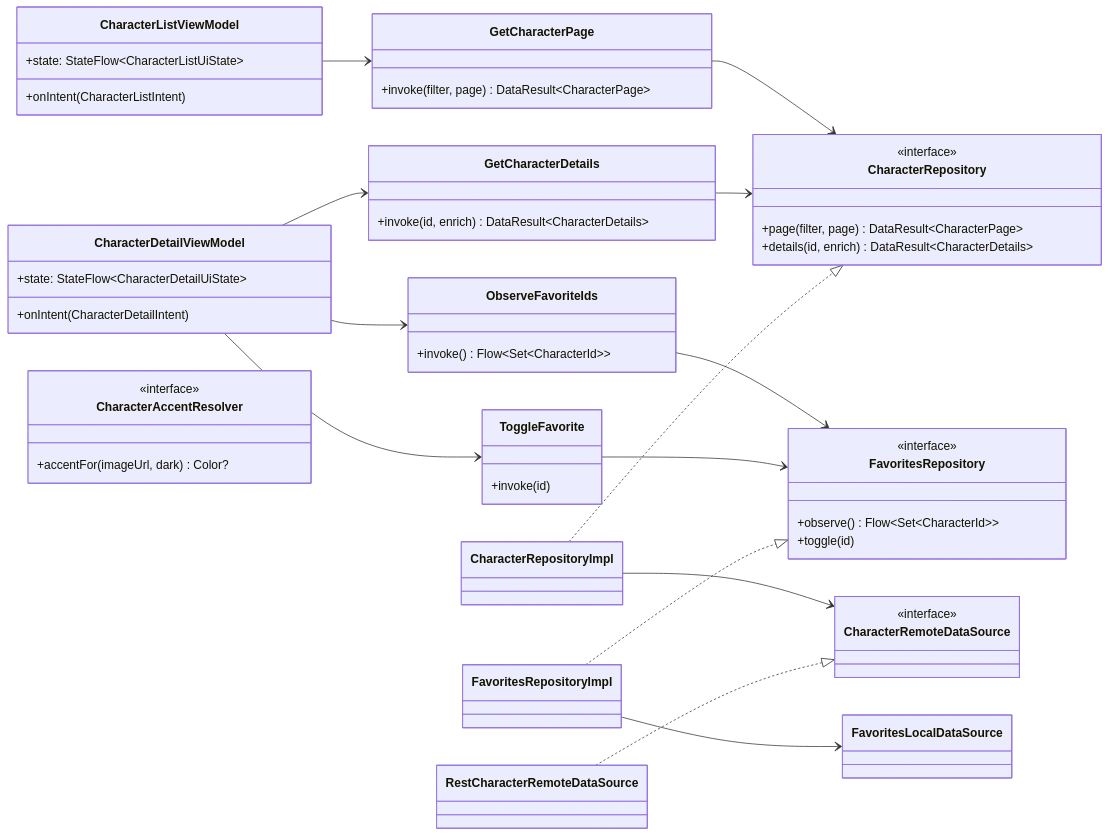
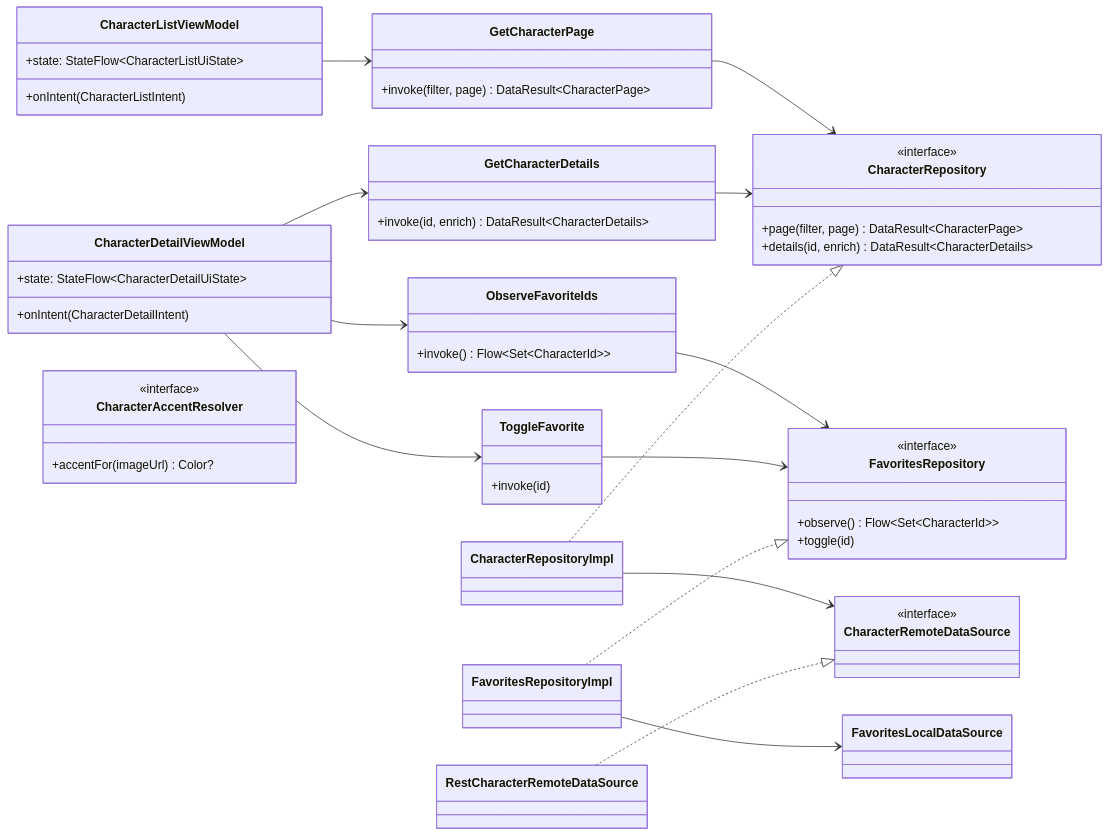
The second of 2 diagrams in docs/DESIGN.md (davidru85/RickAndMorty), drawn with Mermaid before and after one commit. The commit also changed other lines of this file and 2 other files, not shown here.

````diff
--- a/docs/DESIGN.md
+++ b/docs/DESIGN.md
@@ -188,67 +191,67 @@
 ```mermaid
 classDiagram
     direction LR
 
     class CharacterListViewModel {
         +state: StateFlow~CharacterListUiState~
         +onIntent(CharacterListIntent)
     }
     class CharacterDetailViewModel {
         +state: StateFlow~CharacterDetailUiState~
         +onIntent(CharacterDetailIntent)
     }
 
     class GetCharacterPage {
         +invoke(filter, page) DataResult~CharacterPage~
     }
     class GetCharacterDetails {
         +invoke(id, enrich) DataResult~CharacterDetails~
     }
     class ObserveFavoriteIds {
         +invoke() Flow~Set~CharacterId~~
     }
     class ToggleFavorite {
         +invoke(id)
     }
 
     class CharacterRepository {
         <<interface>>
         +page(filter, page) DataResult~CharacterPage~
         +details(id, enrich) DataResult~CharacterDetails~
     }
     class FavoritesRepository {
         <<interface>>
         +observe() Flow~Set~CharacterId~~
         +toggle(id)
     }
 
     class CharacterRepositoryImpl
     class FavoritesRepositoryImpl
 
     class CharacterRemoteDataSource {
         <<interface>>
     }
     class RestCharacterRemoteDataSource
     class FavoritesLocalDataSource
 
     class CharacterAccentResolver {
         <<interface>>
-        +accentFor(imageUrl, dark) Color?
+        +accentFor(imageUrl) Color?
     }
 
     CharacterListViewModel --> GetCharacterPage
     CharacterDetailViewModel --> GetCharacterDetails
     CharacterDetailViewModel --> ObserveFavoriteIds
     CharacterDetailViewModel --> ToggleFavorite
 
     GetCharacterPage --> CharacterRepository
     GetCharacterDetails --> CharacterRepository
     ObserveFavoriteIds --> FavoritesRepository
     ToggleFavorite --> FavoritesRepository
 
     CharacterRepositoryImpl ..|> CharacterRepository
     FavoritesRepositoryImpl ..|> FavoritesRepository
     CharacterRepositoryImpl --> CharacterRemoteDataSource
     RestCharacterRemoteDataSource ..|> CharacterRemoteDataSource
     FavoritesRepositoryImpl --> FavoritesLocalDataSource
 ```
````
